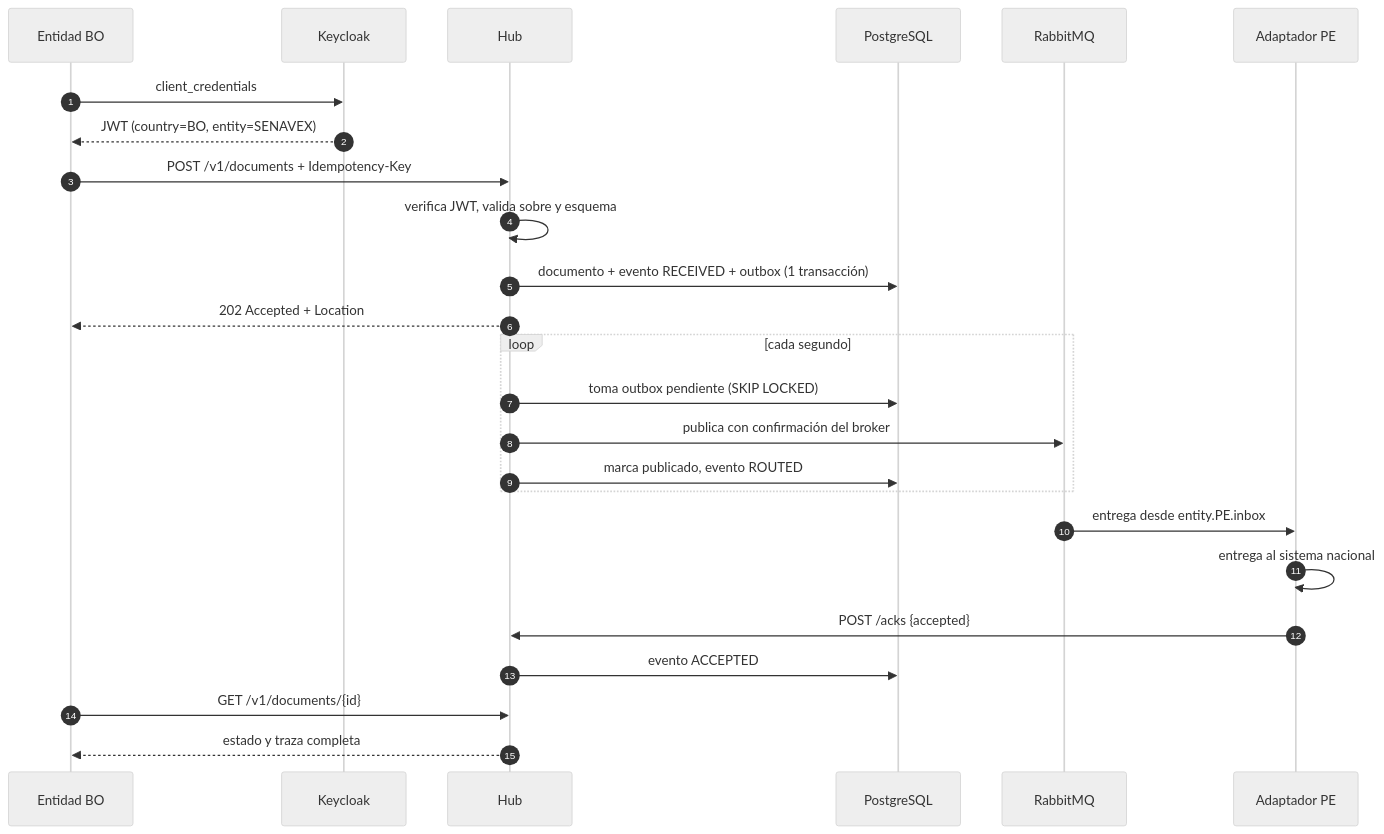
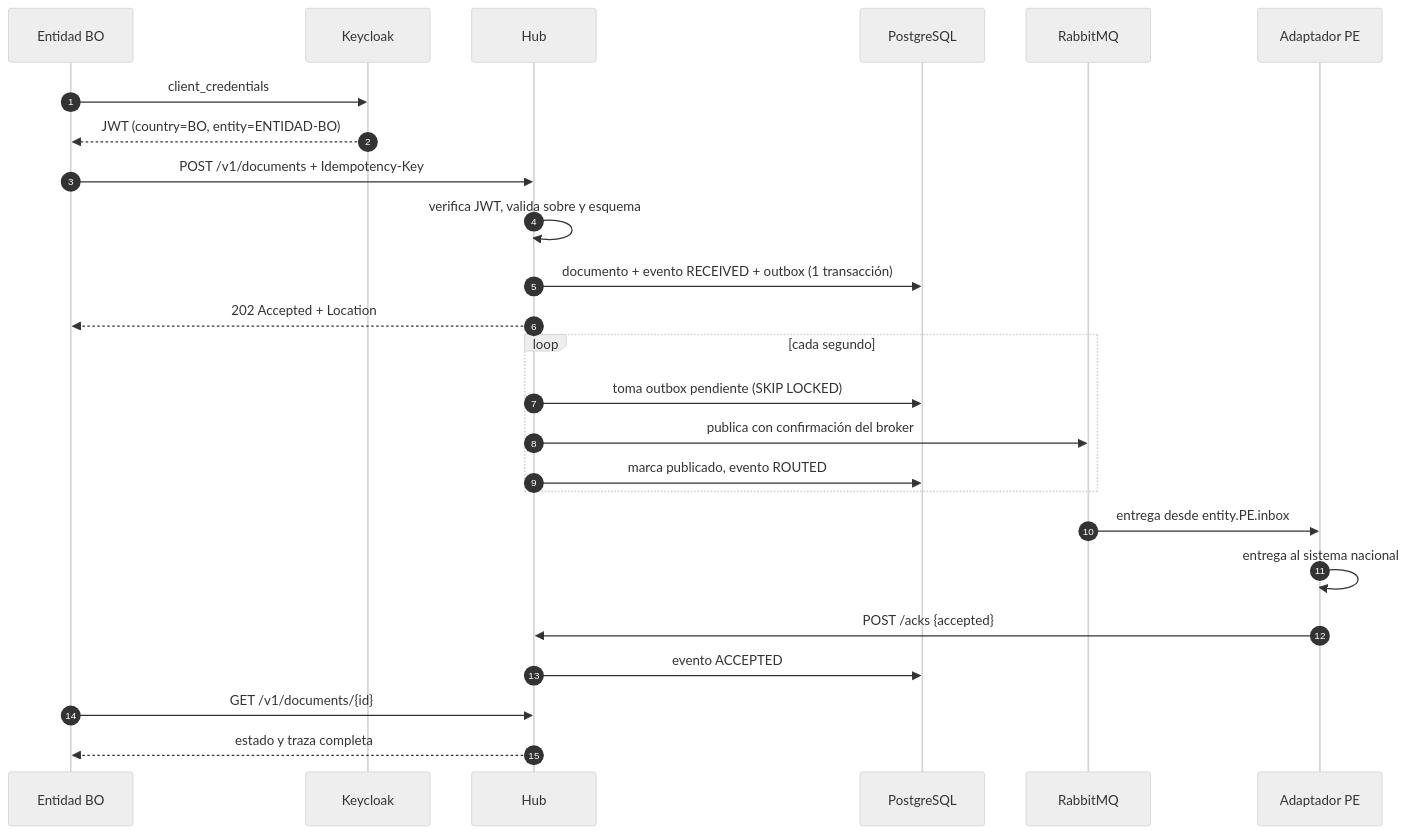
The second of 3 diagrams in docs/arquitectura.md (fedrianMF/mini-intercom), drawn with Mermaid (neutral theme) before and after one commit. The commit also changed 29 other files, not shown here.

````diff
--- a/docs/arquitectura.md
+++ b/docs/arquitectura.md
@@ -63,27 +63,27 @@
 ```mermaid
 sequenceDiagram
   autonumber
   participant BO as Entidad BO
   participant KC as Keycloak
   participant HUB as Hub
   participant DB as PostgreSQL
   participant MQ as RabbitMQ
   participant PE as Adaptador PE
   BO->>KC: client_credentials
-  KC-->>BO: JWT (country=BO, entity=SENAVEX)
+  KC-->>BO: JWT (country=BO, entity=ENTIDAD-BO)
   BO->>HUB: POST /v1/documents + Idempotency-Key
   HUB->>HUB: verifica JWT, valida sobre y esquema
   HUB->>DB: documento + evento RECEIVED + outbox (1 transacción)
   HUB-->>BO: 202 Accepted + Location
   loop cada segundo
     HUB->>DB: toma outbox pendiente (SKIP LOCKED)
     HUB->>MQ: publica con confirmación del broker
     HUB->>DB: marca publicado, evento ROUTED
   end
   MQ->>PE: entrega desde entity.PE.inbox
   PE->>PE: entrega al sistema nacional
   PE->>HUB: POST /acks {accepted}
   HUB->>DB: evento ACCEPTED
   BO->>HUB: GET /v1/documents/{id}
   HUB-->>BO: estado y traza completa
 ```
````
